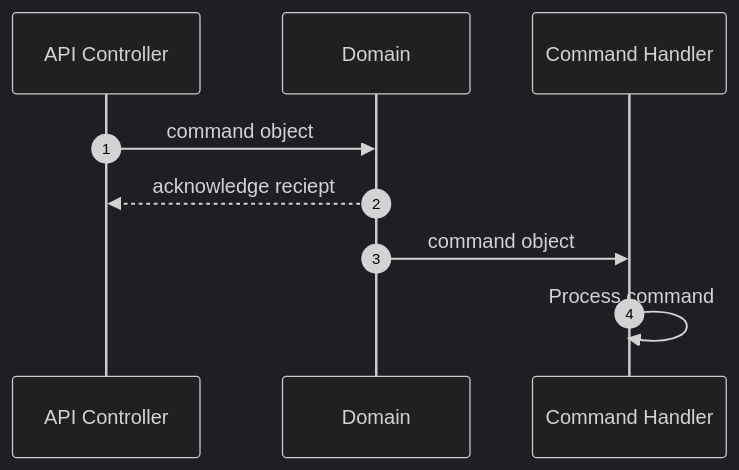
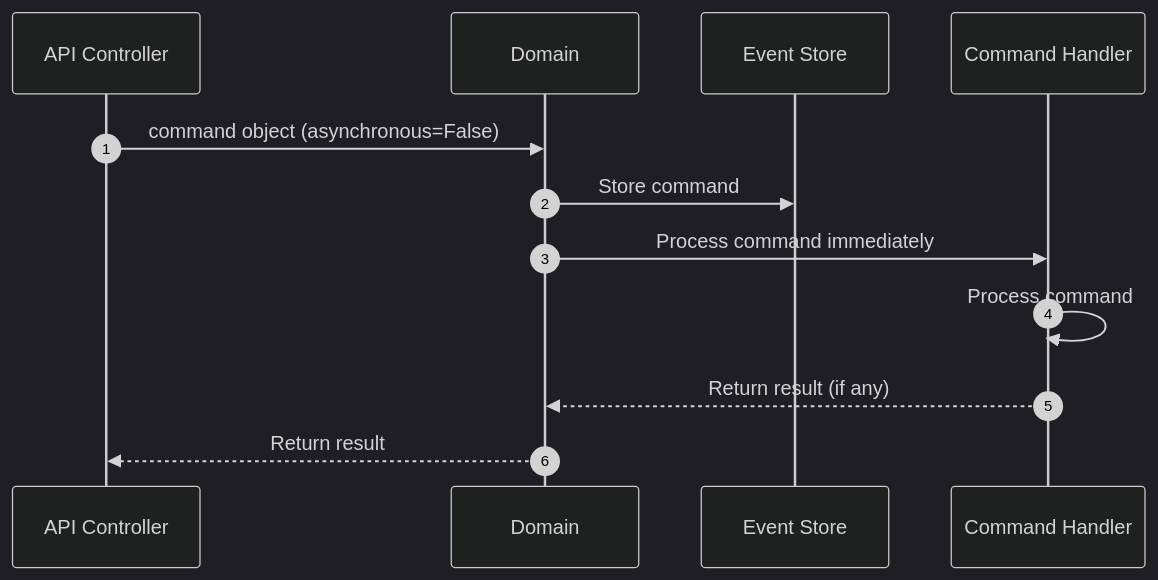
The first of 2 diagrams in docs/guides/change-state/commands.md (proteanhq/protean), drawn with Mermaid (dark theme) before and after one commit. The commit also changed other lines of this file and 4 other files, not shown here.

````diff
--- a/docs/guides/change-state/commands.md
+++ b/docs/guides/change-state/commands.md
@@ -60,8 +135,10 @@
 ```mermaid
 sequenceDiagram
   autonumber
-  API Controller->>Domain: command object
-  Domain-->>API Controller: acknowledge reciept
-  Domain->>Command Handler: command object
+  API Controller->>Domain: command object (asynchronous=False)
+  Domain->>Event Store: Store command
+  Domain->>Command Handler: Process command immediately
   Command Handler->>Command Handler: Process command
+  Command Handler-->>Domain: Return result (if any)
+  Domain-->>API Controller: Return result
 ```
````
